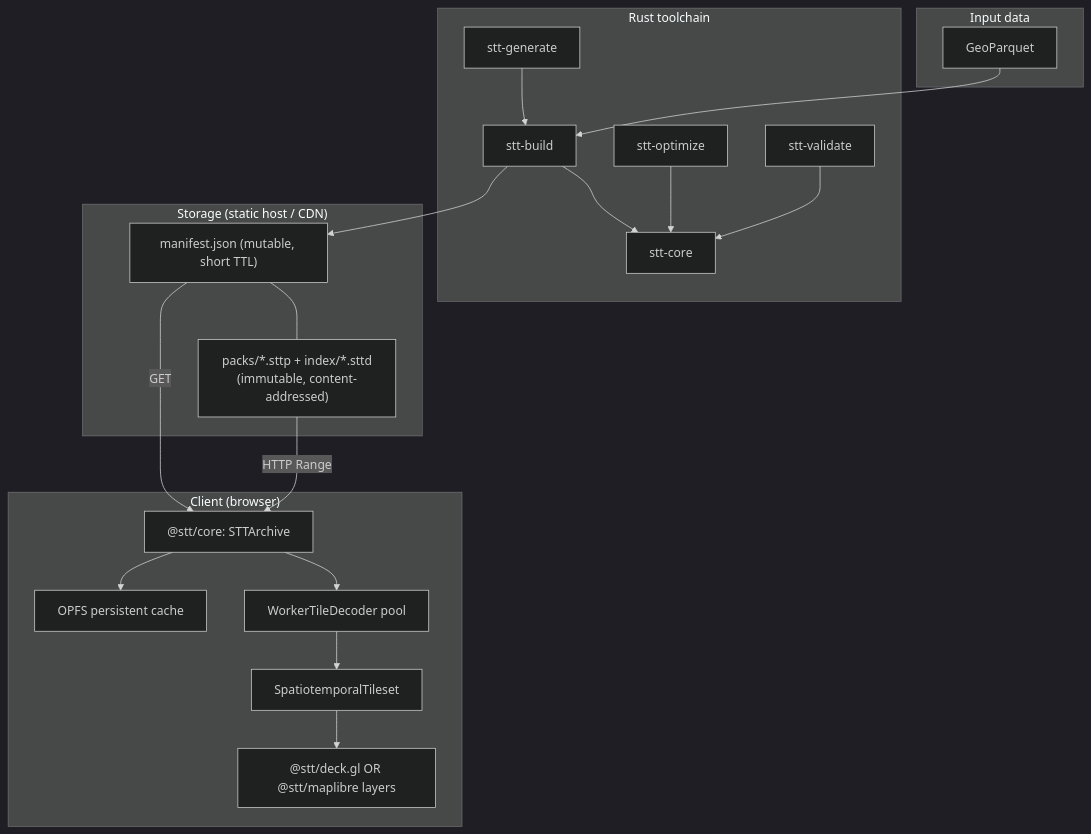
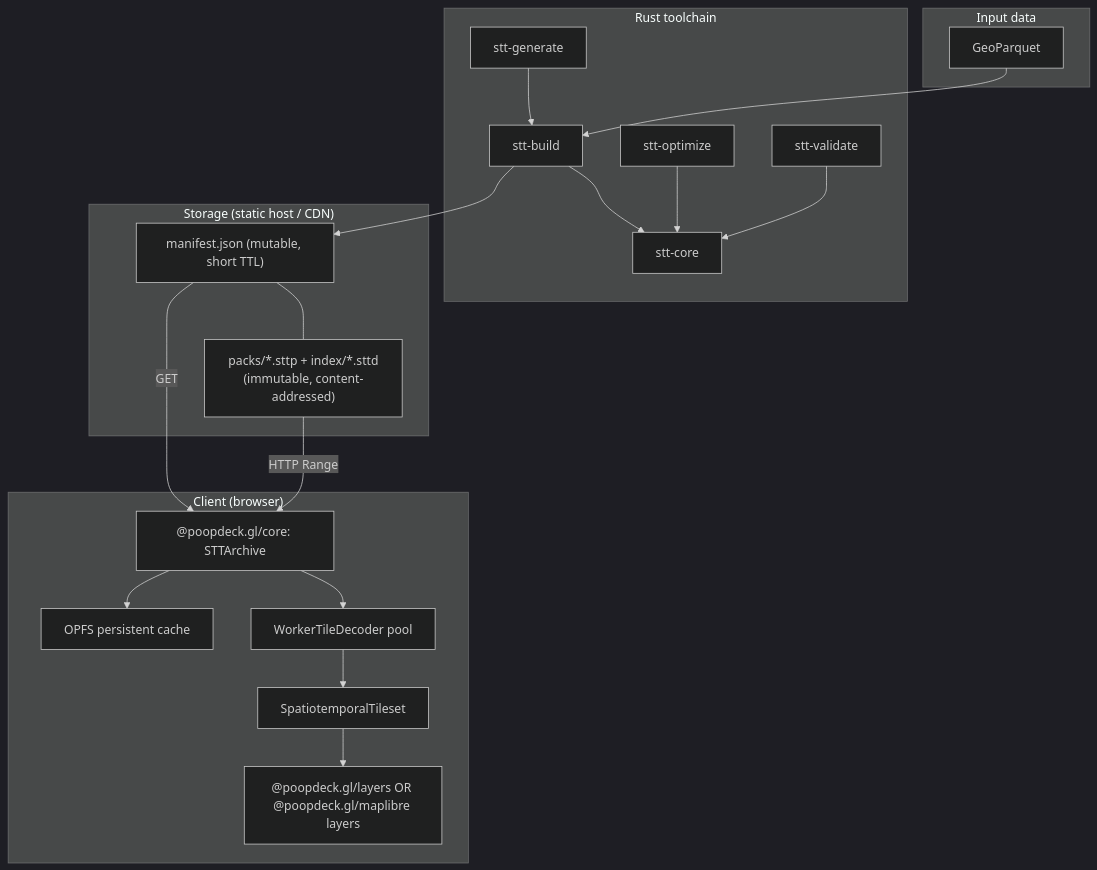
One commit to BertCh/poopdeck.gl changed the diagram in docs/architecture/system-overview.md. Above: the diagram before and after it, drawn with Mermaid (dark theme). The commit also changed other lines of this file and 228 other files, not shown here.

First line of the commit message:
feat: bixi flowmap clustering + tapered arrows; package rename + paged-directory work

````diff
--- a/docs/architecture/system-overview.md
+++ b/docs/architecture/system-overview.md
@@ -7,41 +7,41 @@
 ```mermaid
 graph TD
     subgraph "Input data"
         PARQUET[GeoParquet]
     end
 
     subgraph "Rust toolchain"
         BUILD[stt-build]
         OPTIMIZE[stt-optimize]
         VALIDATE[stt-validate]
         GEN[stt-generate]
         CORE_RS[stt-core]
         BUILD --> CORE_RS
         OPTIMIZE --> CORE_RS
         VALIDATE --> CORE_RS
         GEN --> BUILD
     end
 
     subgraph "Storage (static host / CDN)"
         MANIFEST["manifest.json (mutable, short TTL)"]
         PACKS["packs/*.sttp + index/*.sttd<br/>(immutable, content-addressed)"]
         MANIFEST --- PACKS
     end
 
     subgraph "Client (browser)"
-        ARCHIVE["@stt/core: STTArchive"]
+        ARCHIVE["@poopdeck.gl/core: STTArchive"]
         OPFS["OPFS persistent cache"]
         DECODER["WorkerTileDecoder pool"]
         TILESET[SpatiotemporalTileset]
-        LAYERS["@stt/deck.gl OR @stt/maplibre layers"]
+        LAYERS["@poopdeck.gl/layers OR @poopdeck.gl/maplibre layers"]
         ARCHIVE --> OPFS
         ARCHIVE --> DECODER
         DECODER --> TILESET
         TILESET --> LAYERS
     end
 
     PARQUET --> BUILD
     BUILD --> MANIFEST
     MANIFEST -->|GET| ARCHIVE
     PACKS -->|HTTP Range| ARCHIVE
 ```
````
